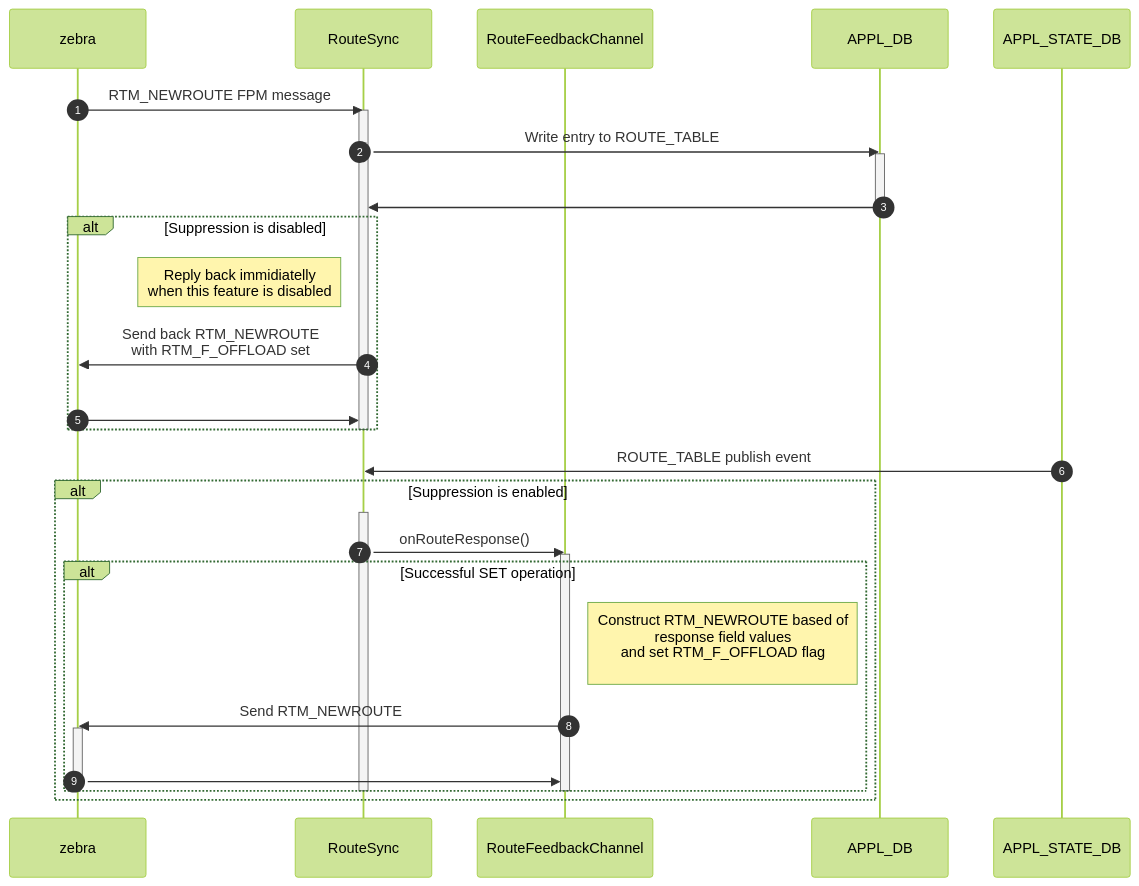
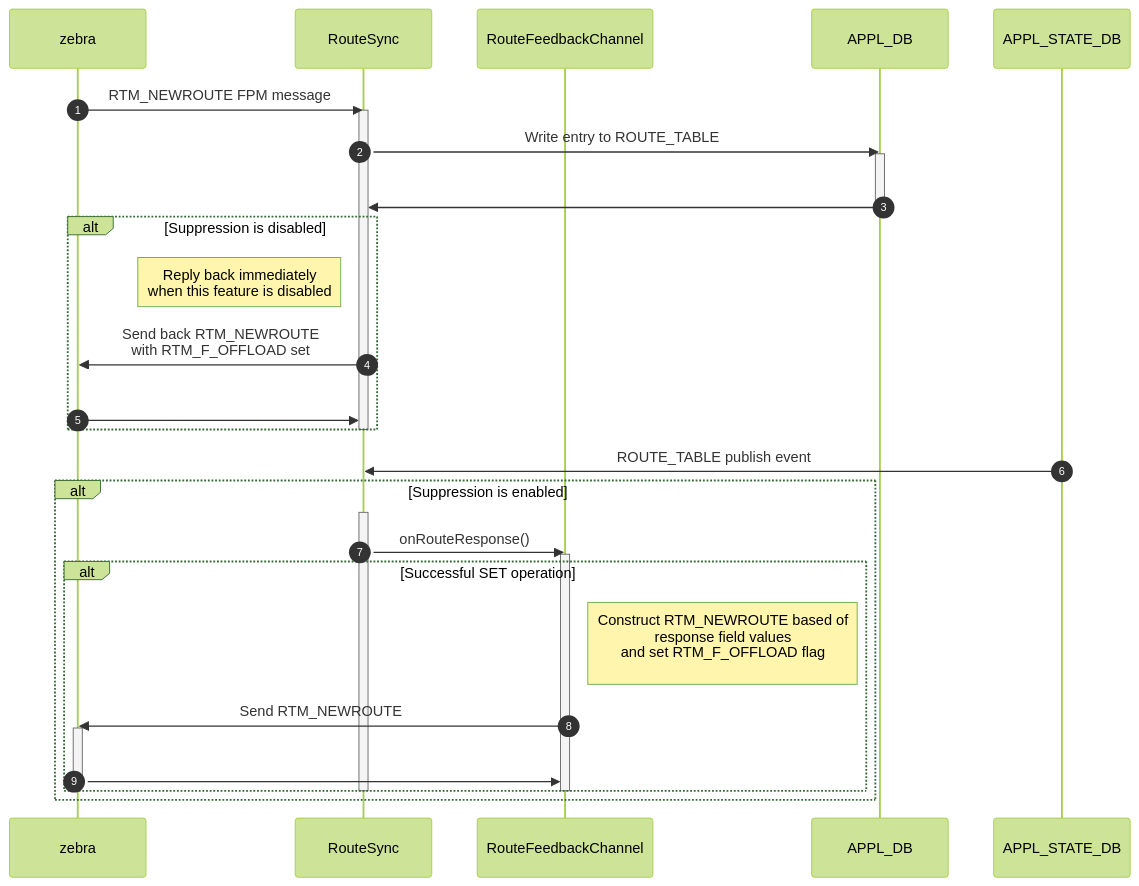
Before and after one commit to sonic-net/SONiC: the third of 4 diagrams in doc/BGP/BGP-supress-fib-pending.md, drawn with Mermaid. The commit also changed other lines of this file and 235 other files, not shown here.

````diff
--- a/doc/BGP/BGP-supress-fib-pending.md
+++ b/doc/BGP/BGP-supress-fib-pending.md
@@ -567,49 +567,49 @@
 ```mermaid
 %%{
   init: {
     "theme": "forest",
     "sequence": {
       "rightAngles": true,
       "showSequenceNumbers": true
     }
   }
 }%%
 sequenceDiagram
   participant zebra
   participant RouteSync
   participant RouteFeedbackChannel
   participant APPL_DB
   participant APPL_STATE_DB
 
 
   zebra ->> RouteSync: RTM_NEWROUTE FPM message
   activate RouteSync
   RouteSync ->> APPL_DB: Write entry to ROUTE_TABLE
   activate APPL_DB
   APPL_DB ->> RouteSync: <br>
   deactivate APPL_DB
 
   alt Suppression is disabled
-    Note left of RouteSync: Reply back immidiatelly <br>when this feature is disabled
+    Note left of RouteSync: Reply back immediately <br>when this feature is disabled
     RouteSync ->> zebra: Send back RTM_NEWROUTE<br> with RTM_F_OFFLOAD set
     zebra ->> RouteSync: <br>
   end
 
   deactivate RouteSync
 
   APPL_STATE_DB ->> RouteSync: ROUTE_TABLE publish event
   alt Suppression is enabled
     activate RouteSync
     RouteSync ->> RouteFeedbackChannel: onRouteResponse()
     activate RouteFeedbackChannel
     alt Successful SET operation
         Note right of RouteFeedbackChannel: Construct RTM_NEWROUTE based of <br>response field values<br>and set RTM_F_OFFLOAD flag<br>
         RouteFeedbackChannel ->> zebra: Send RTM_NEWROUTE
         activate zebra
         zebra ->> RouteFeedbackChannel: <br>
         deactivate zebra
     end
     deactivate RouteFeedbackChannel
     deactivate RouteSync
   end
 ```
````
